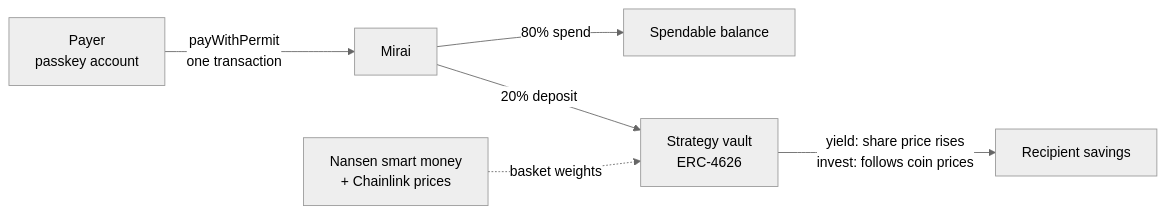
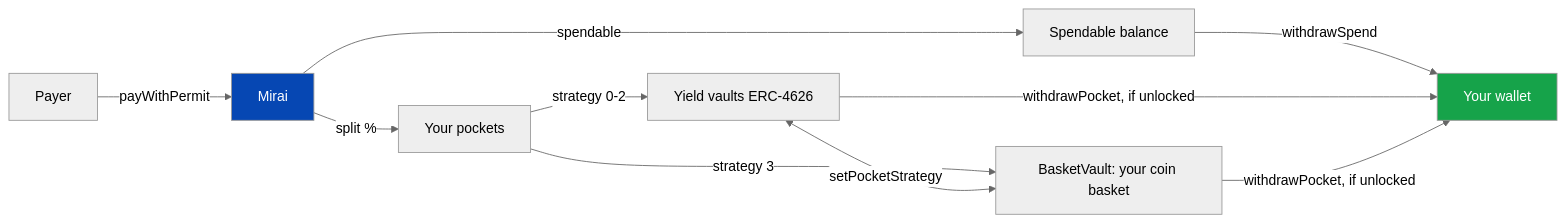
One commit to maulana-tech/mirai-mon changed the second of 2 diagrams in README.md. Above: the diagram before and after it, drawn with Mermaid (neutral theme). The commit also changed other lines of this file, not shown here.

````diff
--- a/README.md
+++ b/README.md
@@ -21,8 +242,15 @@
 ```mermaid
 flowchart LR
-    P[Payer<br/>passkey account] -->|payWithPermit<br/>one transaction| C[Mirai]
-    C -->|80% spend| S[Spendable balance]
-    C -->|20% deposit| V[Strategy vault<br/>ERC-4626]
-    V -->|yield: share price rises<br/>invest: follows coin prices| R[Recipient savings]
-    N[Nansen smart money<br/>+ Chainlink prices] -.->|basket weights| V
+    P[Payer] -->|payWithPermit| M[Mirai]
+    M -->|spendable| S[Spendable balance]
+    M -->|split %| K[Your pockets]
+    K -->|strategy 0-2| V[Yield vaults ERC-4626]
+    K -->|strategy 3| B[BasketVault: your coin basket]
+    V <-->|setPocketStrategy| B
+    S -->|withdrawSpend| W[Your wallet]
+    V -->|withdrawPocket, if unlocked| W
+    B -->|withdrawPocket, if unlocked| W
+
+    style W fill:#16a34a,color:#fff
+    style M fill:#0647b3,color:#fff
 ```
````
